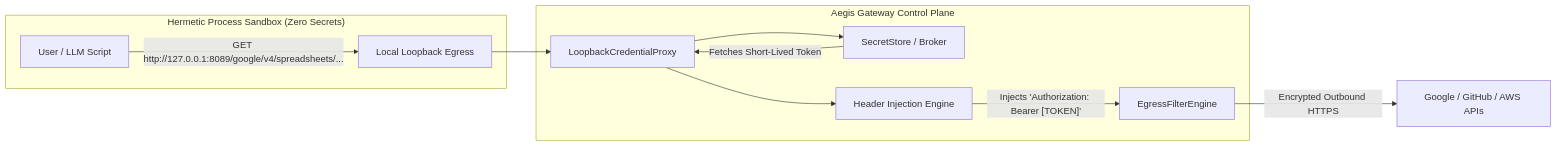
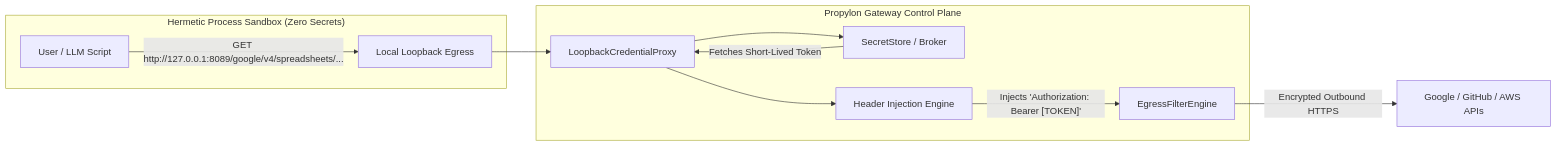
One commit to ihkaru/aegis-gateway changed the diagram in docs/roadmap/18_PHASE_18_ZERO_KNOWLEDGE_EGRESS_CREDENTIAL_PROXY.md. Above: the diagram before and after it, drawn with Mermaid. The commit also changed other lines of this file and 253 other files, not shown here.

Commit message:
chore(rebrand): rename project from aegis to propylon across entire codebase

````diff
--- a/docs/roadmap/18_PHASE_18_ZERO_KNOWLEDGE_EGRESS_CREDENTIAL_PROXY.md
+++ b/docs/roadmap/18_PHASE_18_ZERO_KNOWLEDGE_EGRESS_CREDENTIAL_PROXY.md
@@ -28,16 +28,16 @@
 ```mermaid
 flowchart LR
     subgraph Sandbox["Hermetic Process Sandbox (Zero Secrets)"]
         Script["User / LLM Script"] -->|"GET http://127.0.0.1:8089/google/v4/spreadsheets/..."| LocalProxy["Local Loopback Egress"]
     end
     
-    subgraph GatewayControlPlane["Aegis Gateway Control Plane"]
+    subgraph GatewayControlPlane["Propylon Gateway Control Plane"]
         LocalProxy --> CredProxy["LoopbackCredentialProxy"]
         CredProxy --> Vault["SecretStore / Broker"]
         Vault -- Fetches Short-Lived Token --> CredProxy
         CredProxy --> Injector["Header Injection Engine"]
         Injector -->|"Injects 'Authorization: Bearer [TOKEN]'"| EgressFirewall["EgressFilterEngine"]
     end
     
     EgressFirewall -->|"Encrypted Outbound HTTPS"| ExternalAPI["Google / GitHub / AWS APIs"]
 ```
````
